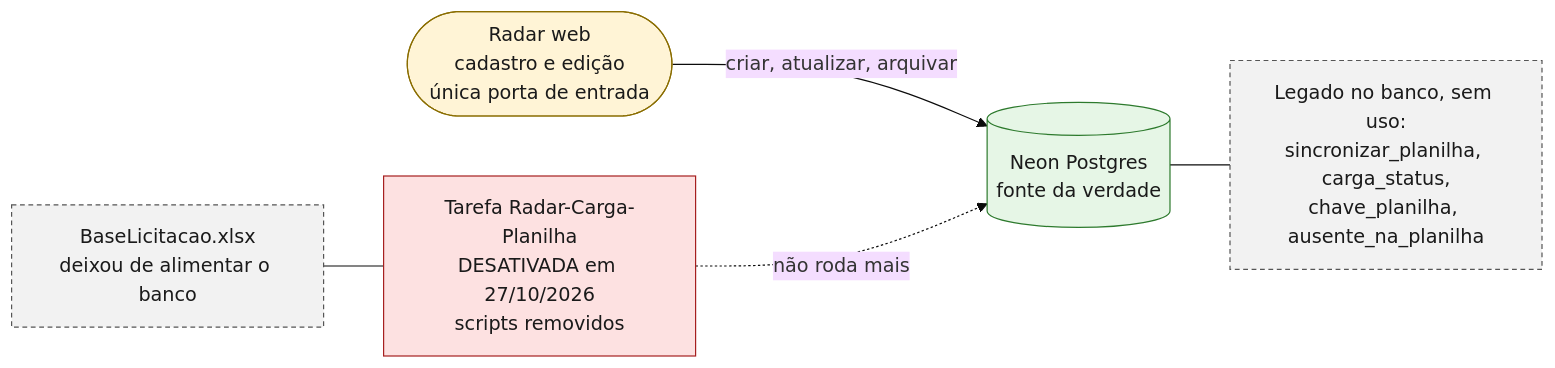
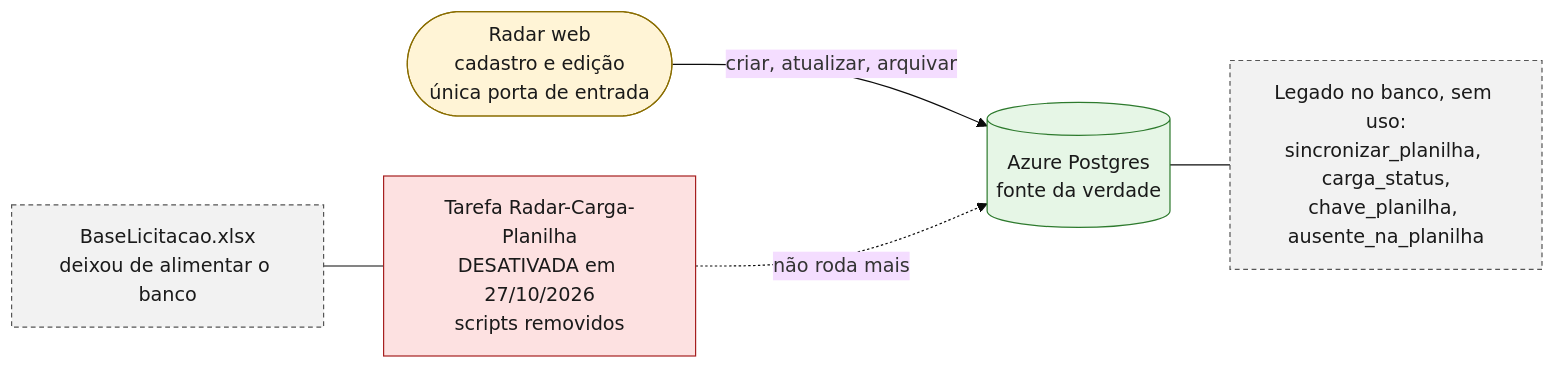
Before and after one commit to agentanalisedegoverno-svg/dashboard-metrics-team: diagram 14 of 22 in docs/DIAGRAMAS.md, drawn with Mermaid (base theme). The commit also changed other lines of this file and 38 other files, not shown here.

````diff
--- a/docs/DIAGRAMAS.md
+++ b/docs/DIAGRAMAS.md
@@ -551,15 +551,15 @@
 ```mermaid
 flowchart LR
   classDef pessoa fill:#fff4d6,stroke:#8a6d00,color:#1a1a1a
   classDef dados fill:#e6f6e6,stroke:#2d7a2d,color:#1a1a1a
   classDef externo fill:#f2f2f2,stroke:#555555,stroke-dasharray:4 3,color:#1a1a1a
   classDef erro fill:#fde1e1,stroke:#a61f1f,color:#1a1a1a
 
-  WEB(["Radar web<br/>cadastro e edição<br/>única porta de entrada"]):::pessoa -->|"criar, atualizar, arquivar"| DB[("Neon Postgres<br/>fonte da verdade")]:::dados
+  WEB(["Radar web<br/>cadastro e edição<br/>única porta de entrada"]):::pessoa -->|"criar, atualizar, arquivar"| DB[("Azure Postgres<br/>fonte da verdade")]:::dados
   XLS["BaseLicitacao.xlsx<br/>deixou de alimentar o banco"]:::externo
   OLD["Tarefa Radar-Carga-Planilha<br/>DESATIVADA em 27/10/2026<br/>scripts removidos"]:::erro
   LEG["Legado no banco, sem uso:<br/>sincronizar_planilha, carga_status,<br/>chave_planilha, ausente_na_planilha"]:::externo
   XLS --- OLD
   OLD -.->|"não roda mais"| DB
   DB --- LEG
 ```
````
